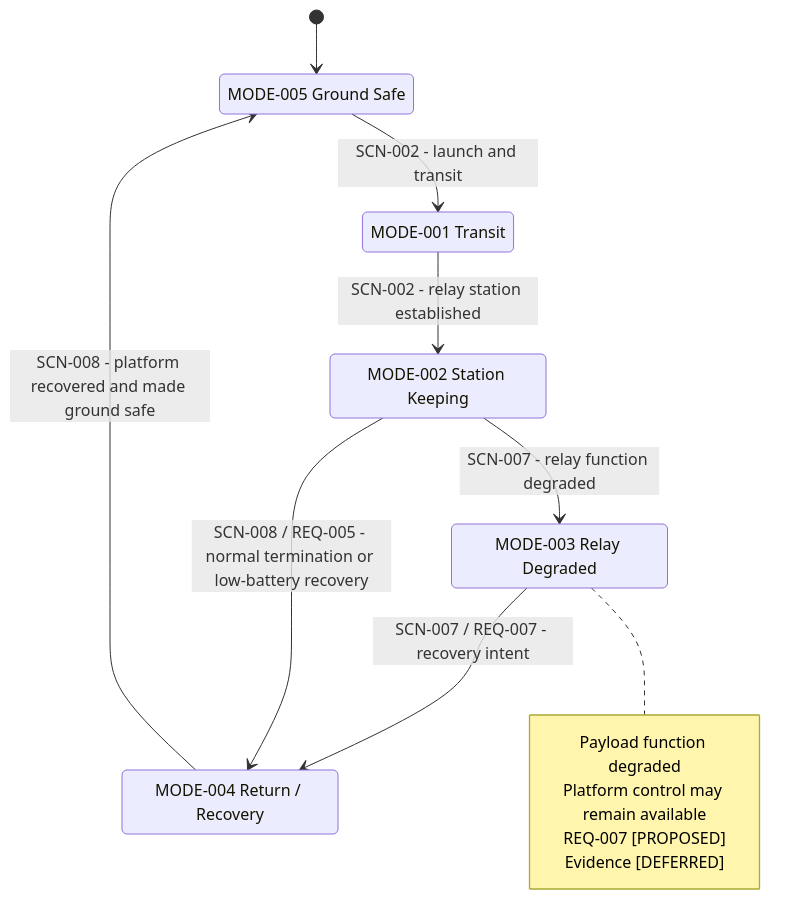
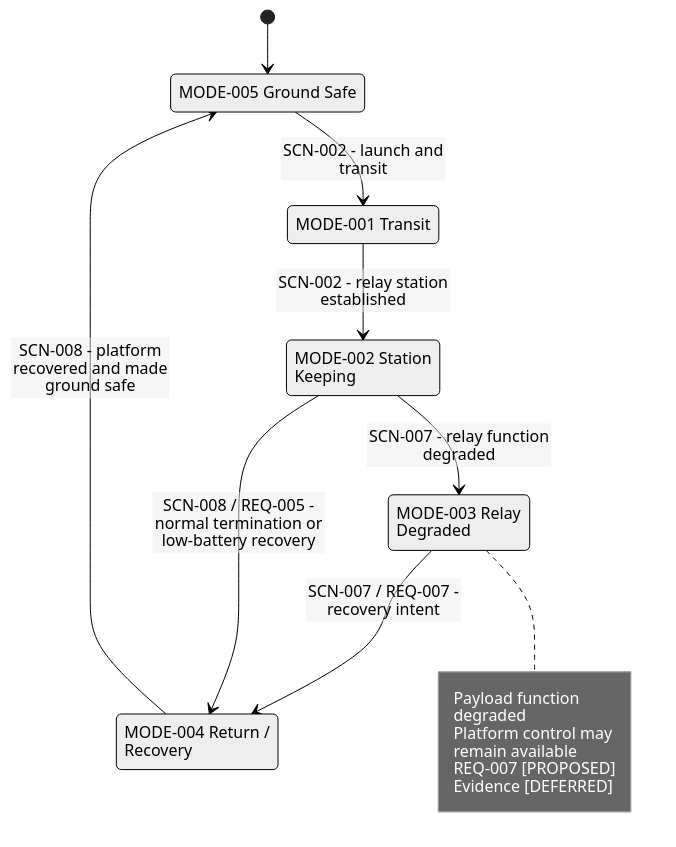
One commit to noahstephenson/low-cost-relay-uas changed the eighth of 15 diagrams in docs/reference/architecture-atlas.md. Above: the diagram before and after it, drawn with Mermaid. The commit also changed other lines of this file and 22 other files, not shown here.

Commit message:
Teach the relay UAS architecture through a guided reading path and readable views

````diff
--- a/docs/reference/architecture-atlas.md
+++ b/docs/reference/architecture-atlas.md
@@ -234,22 +374,23 @@
 ```mermaid
+%%{init: {"htmlLabels": false, "theme": "neutral"}}%%
 stateDiagram-v2
     %% Configuration scope: CFG-REP / CFG-DOM
     state "MODE-005 Ground Safe" as MODE_005
     state "MODE-001 Transit" as MODE_001
     state "MODE-002 Station Keeping" as MODE_002
     state "MODE-003 Relay Degraded" as MODE_003
     state "MODE-004 Return / Recovery" as MODE_004
     [*] --> MODE_005
     MODE_005 --> MODE_001: SCN-002 - launch and transit
     MODE_001 --> MODE_002: SCN-002 - relay station established
     MODE_002 --> MODE_003: SCN-007 - relay function degraded
     MODE_003 --> MODE_004: SCN-007 / REQ-007 - recovery intent
     MODE_002 --> MODE_004: SCN-008 / REQ-005 - normal termination or low-battery recovery
     MODE_004 --> MODE_005: SCN-008 - platform recovered and made ground safe
     note right of MODE_003
       Payload function degraded
       Platform control may remain available
       REQ-007 [PROPOSED]
       Evidence [DEFERRED]
     end note
 ```
````
